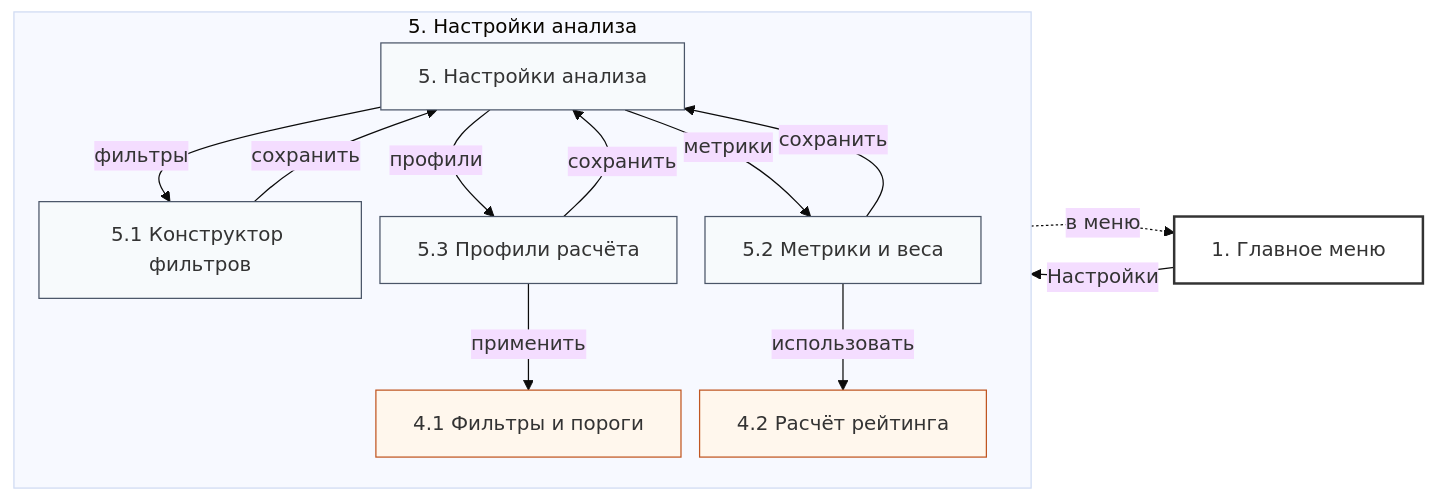
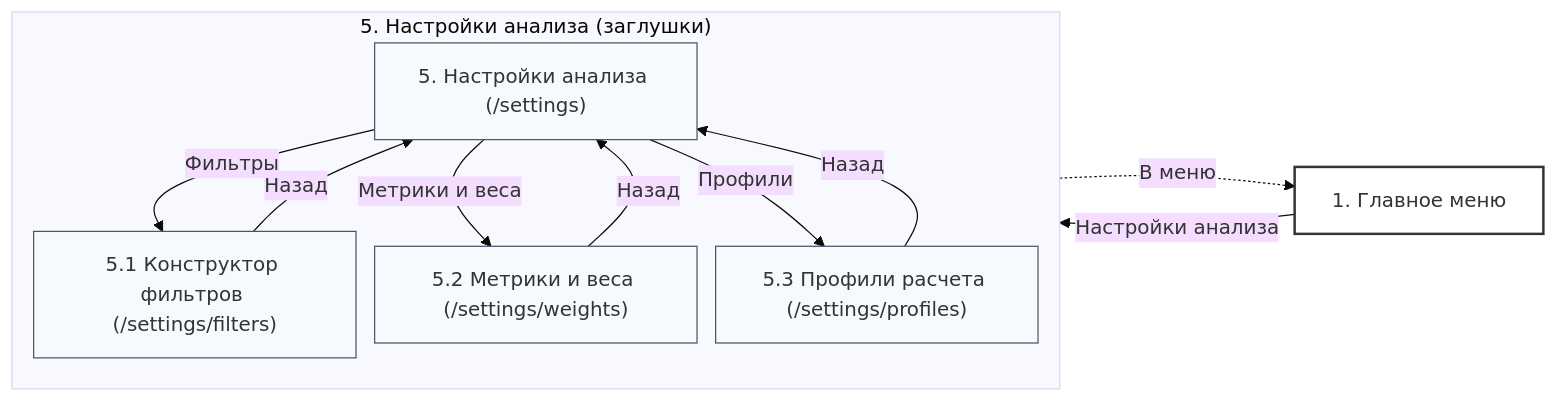
One commit to AntoshinaVeronicka/school-ranking-system changed the fifth of 8 diagrams in mermaid/dialog_tree.md. Above: the diagram before and after it, drawn with Mermaid (base theme). The commit also changed other lines of this file, not shown here.

````diff
--- a/mermaid/dialog_tree.md
+++ b/mermaid/dialog_tree.md
@@ -237,50 +224,37 @@
 ```mermaid
 ---
 config:
   layout: dagre
   flowchart:
     nodeSpacing: 15
     rankSpacing: 25
 ---
 
 flowchart LR
   MainForm["1. Главное меню"]
-  ProfileFilterSettings["4.1 Фильтры и пороги"]
-  RatingCalculation["4.2 Расчёт рейтинга"]
 
-  subgraph SETTINGS["5. Настройки анализа"]
+  subgraph SETTINGS["5. Настройки анализа (заглушки)"]
     direction TB
-    SettingsForm["5. Настройки анализа"]
-    GlobalFilters["5.1 Конструктор фильтров"]
-    Weights["5.2 Метрики и веса"]
-    ProfilesForm["5.3 Профили расчёта"]
+    SettingsHome["5. Настройки анализа (/settings)"]
+    SettingsFilters["5.1 Конструктор фильтров (/settings/filters)"]
+    SettingsWeights["5.2 Метрики и веса (/settings/weights)"]
+    SettingsProfiles["5.3 Профили расчета (/settings/profiles)"]
 
-    SettingsForm -->|фильтры| GlobalFilters
-    SettingsForm -->|метрики| Weights
-    SettingsForm -->|профили| ProfilesForm
+    SettingsHome -->|Фильтры| SettingsFilters
+    SettingsHome -->|Метрики и веса| SettingsWeights
+    SettingsHome -->|Профили| SettingsProfiles
 
-    GlobalFilters -->|сохранить| SettingsForm
-    Weights -->|сохранить| SettingsForm
-    ProfilesForm -->|сохранить| SettingsForm
-
-    ProfilesForm -->|применить| ProfileFilterSettings
-    Weights -->|использовать| RatingCalculation
+    SettingsFilters -->|Назад| SettingsHome
+    SettingsWeights -->|Назад| SettingsHome
+    SettingsProfiles -->|Назад| SettingsHome
   end
 
-  MainForm -->|Настройки| SettingsForm
-  SETTINGS -.->|в меню| MainForm
+  MainForm -->|Настройки анализа| SettingsHome
+  SETTINGS -.->|В меню| MainForm
 
-  %% ====== Стили ======
-  classDef auth fill:#f2f2f2,stroke:#333,stroke-width:1px;
   classDef main fill:#ffffff,stroke:#333,stroke-width:2px;
-  classDef data fill:#eef7ff,stroke:#2b6cb0,stroke-width:1px;
-  classDef search fill:#f5f3ff,stroke:#5a67d8,stroke-width:1px;
-  classDef rating fill:#fff7ed,stroke:#c05621,stroke-width:1px;
   classDef set fill:#f7fafc,stroke:#4a5568,stroke-width:1px;
-  classDef rep fill:#f1fff3,stroke:#2f855a,stroke-width:1px;
-  classDef adm fill:#fff1f2,stroke:#b83280,stroke-width:1px;
 
   class MainForm main;
-  class SettingsForm,GlobalFilters,Weights,ProfilesForm set;
-  class ProfileFilterSettings,RatingCalculation rating;
+  class SettingsHome,SettingsFilters,SettingsWeights,SettingsProfiles set;
 ```
````
